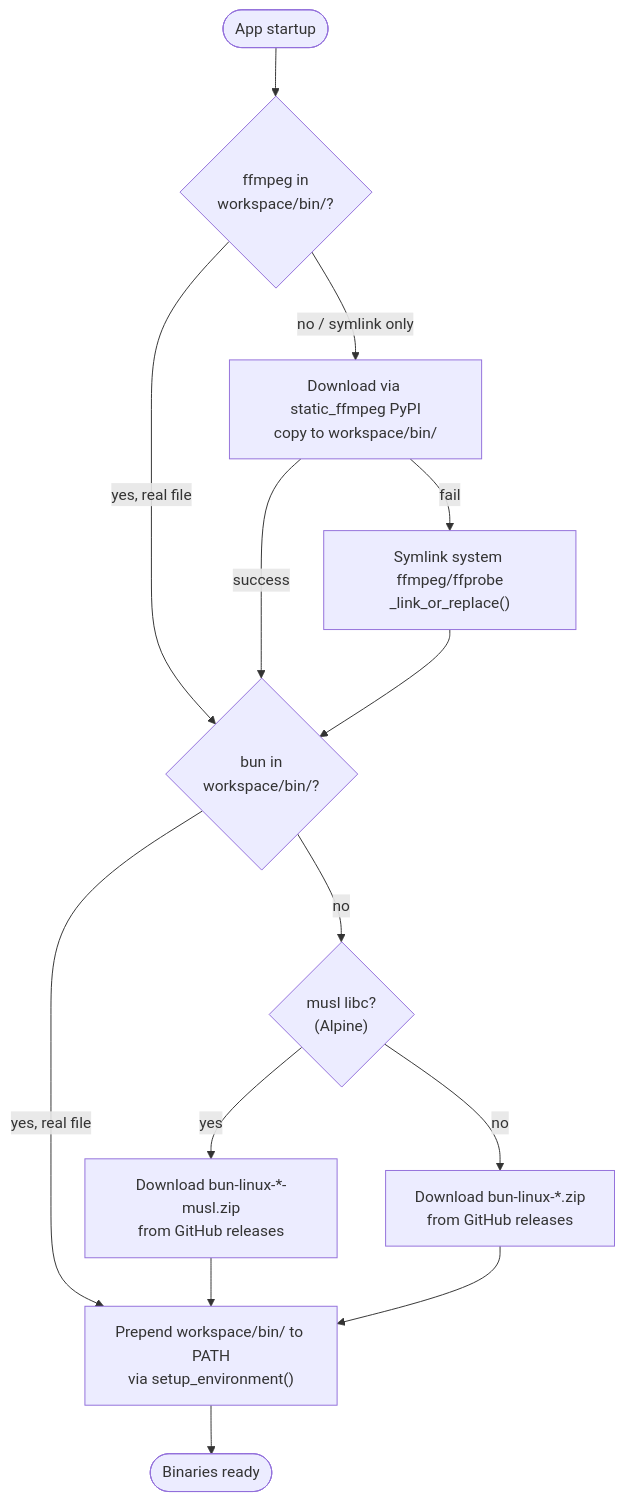
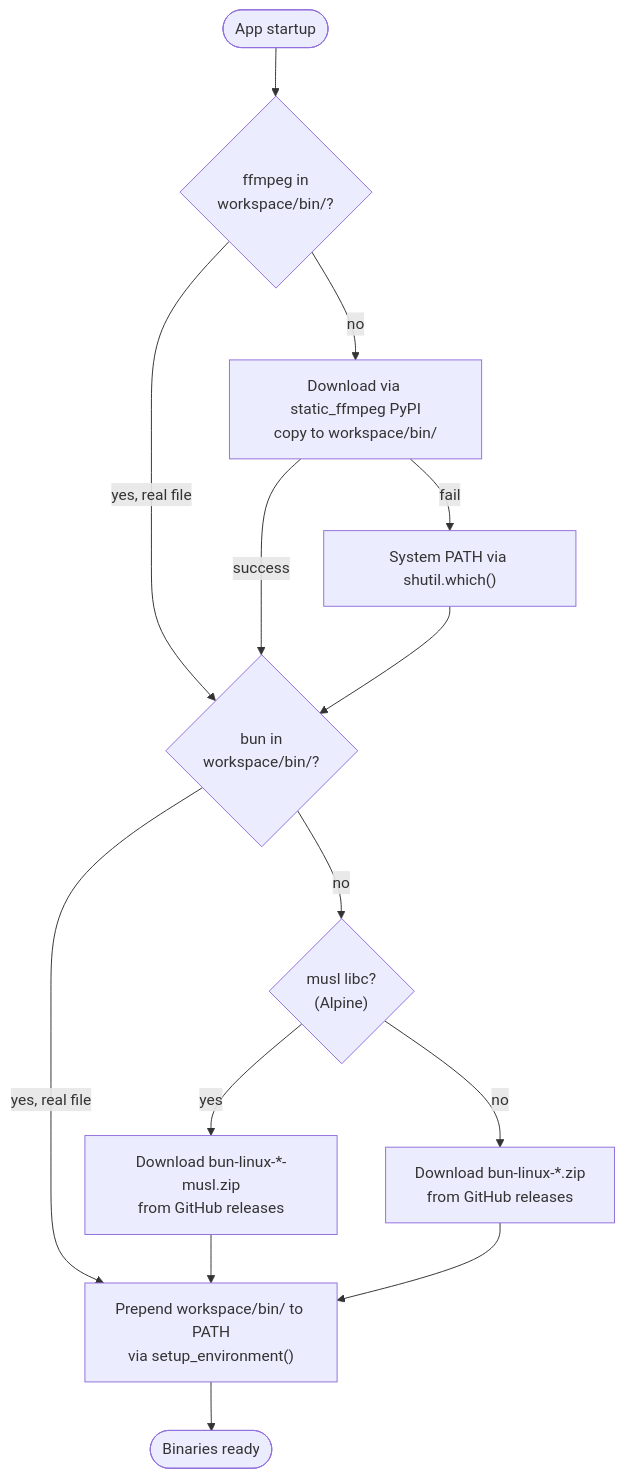
The third of 4 diagrams in docs/ARCHITECTURE.md (dimaskiddo/yt-dl), drawn with Mermaid before and after one commit. The commit also changed other lines of this file and 13 other files, not shown here.

Commit message:
fix: video download loop via finalize output guard, scope tmp purge to gradio/serve only

````diff
--- a/docs/ARCHITECTURE.md
+++ b/docs/ARCHITECTURE.md
@@ -131,20 +131,20 @@
 ```mermaid
 flowchart TD
     Start([App startup]) --> CheckFFmpeg{"ffmpeg in<br/>workspace/bin/?"}
     CheckFFmpeg -- "yes, real file" --> CheckBun
-    CheckFFmpeg -- "no / symlink only" --> DLFFmpeg["Download via static_ffmpeg PyPI<br/>copy to workspace/bin/"]
+    CheckFFmpeg -- "no" --> DLFFmpeg["Download via static_ffmpeg PyPI<br/>copy to workspace/bin/"]
     DLFFmpeg -- "success" --> CheckBun
-    DLFFmpeg -- "fail" --> LinkSys["Symlink system ffmpeg/ffprobe<br/>_link_or_replace()"]
-    LinkSys --> CheckBun
+    DLFFmpeg -- "fail" --> SystemPath["System PATH via shutil.which()"]
+    SystemPath --> CheckBun
 
     CheckBun{"bun in<br/>workspace/bin/?"}
     CheckBun -- "yes, real file" --> SetupPath
     CheckBun -- "no" --> DetectMusl{"musl libc?<br/>(Alpine)"}
     DetectMusl -- "yes" --> DLBunMusl["Download bun-linux-*-musl.zip<br/>from GitHub releases"]
     DetectMusl -- "no" --> DLBun["Download bun-linux-*.zip<br/>from GitHub releases"]
     DLBunMusl --> SetupPath
     DLBun --> SetupPath
 
     SetupPath["Prepend workspace/bin/ to PATH<br/>via setup_environment()"]
     SetupPath --> Ready([Binaries ready])
 ```
````
